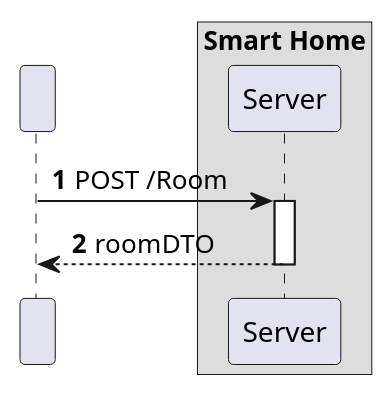
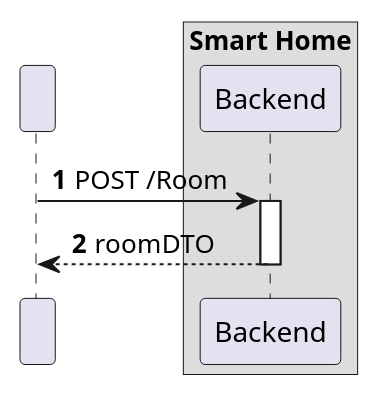
One commit to olivDiogo/SmartHome changed the diagram in docs/ooa/C4_4plus1_models/Level2/ProcessView/ProcessViewLevel2_UC02v2.puml. Above: the diagram before and after it, drawn with PlantUML. The commit also changed 23 other files, not shown here.

```diff
--- a/docs/ooa/C4_4plus1_models/Level2/ProcessView/ProcessViewLevel2_UC02v2.puml
+++ b/docs/ooa/C4_4plus1_models/Level2/ProcessView/ProcessViewLevel2_UC02v2.puml
@@ -1,22 +1,22 @@
 @startuml
 'https://plantuml.com/sequence-diagram
 !pragma layout smetana
 
 autonumber
 
 participant " " as HTTP
 
 box "Smart Home"
-    participant "Server" as Server
+    participant "Backend" as Backend
 end box
 
 
-HTTP -> Server: POST /Room
-activate Server
+HTTP -> Backend: POST /Room
+activate Backend
 
-Server --> HTTP: roomDTO
-deactivate Server
+Backend --> HTTP: roomDTO
+deactivate Backend
 
 
 
 @enduml
```
